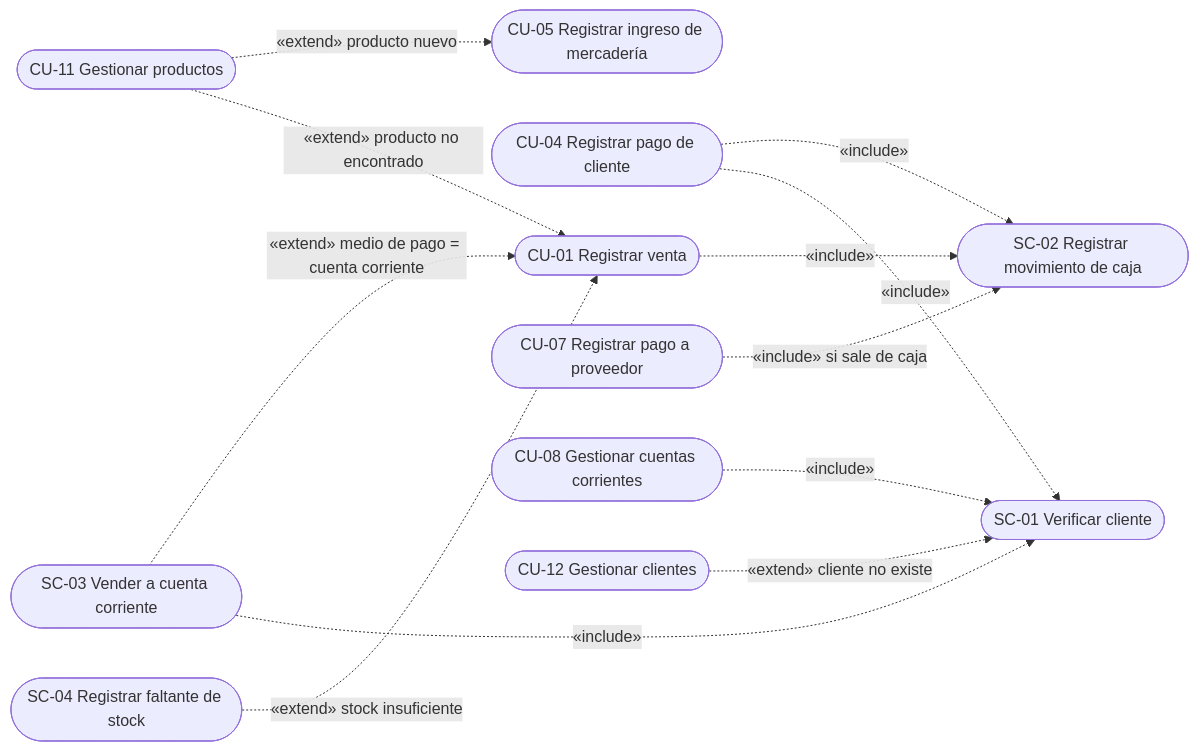
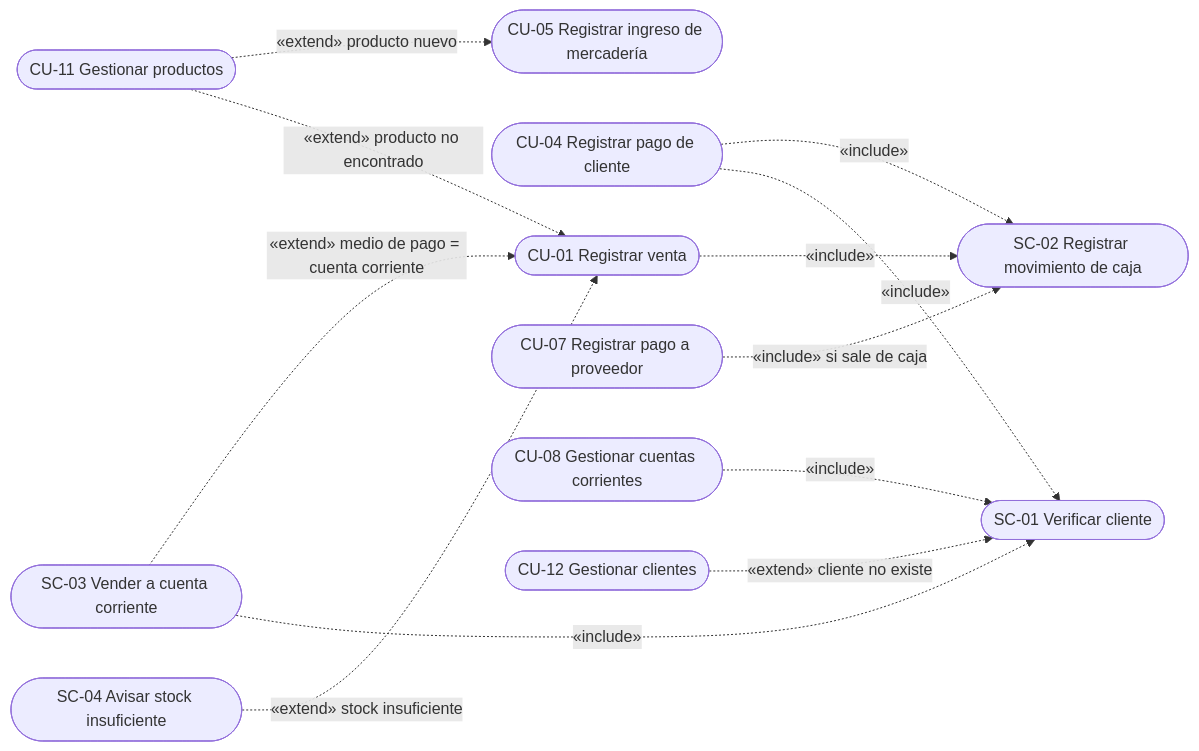
One commit to Ezequielnav/sistema-gestion-carniceria changed the second of 2 diagrams in docs/04-casos-de-uso.md. Above: the diagram before and after it, drawn with Mermaid. The commit also changed other lines of this file and 38 other files, not shown here.

````diff
--- a/docs/04-casos-de-uso.md
+++ b/docs/04-casos-de-uso.md
@@ -105,27 +105,27 @@
 ```mermaid
 flowchart LR
     CU01(["CU-01 Registrar venta"])
     CU04(["CU-04 Registrar pago de cliente"])
     CU05(["CU-05 Registrar ingreso de mercadería"])
     CU07(["CU-07 Registrar pago a proveedor"])
     CU08(["CU-08 Gestionar cuentas corrientes"])
     CU11(["CU-11 Gestionar productos"])
     CU12(["CU-12 Gestionar clientes"])
     SC01(["SC-01 Verificar cliente"])
     SC02(["SC-02 Registrar movimiento de caja"])
     SC03(["SC-03 Vender a cuenta corriente"])
-    SC04(["SC-04 Registrar faltante de stock"])
+    SC04(["SC-04 Avisar stock insuficiente"])
 
     CU01 -. "«include»" .-> SC02
     CU04 -. "«include»" .-> SC01
     CU04 -. "«include»" .-> SC02
     CU07 -. "«include» si sale de caja" .-> SC02
     CU08 -. "«include»" .-> SC01
     SC03 -. "«include»" .-> SC01
 
     SC03 -. "«extend» medio de pago = cuenta corriente" .-> CU01
     SC04 -. "«extend» stock insuficiente" .-> CU01
     CU11 -. "«extend» producto no encontrado" .-> CU01
     CU11 -. "«extend» producto nuevo" .-> CU05
     CU12 -. "«extend» cliente no existe" .-> SC01
 ```
````
